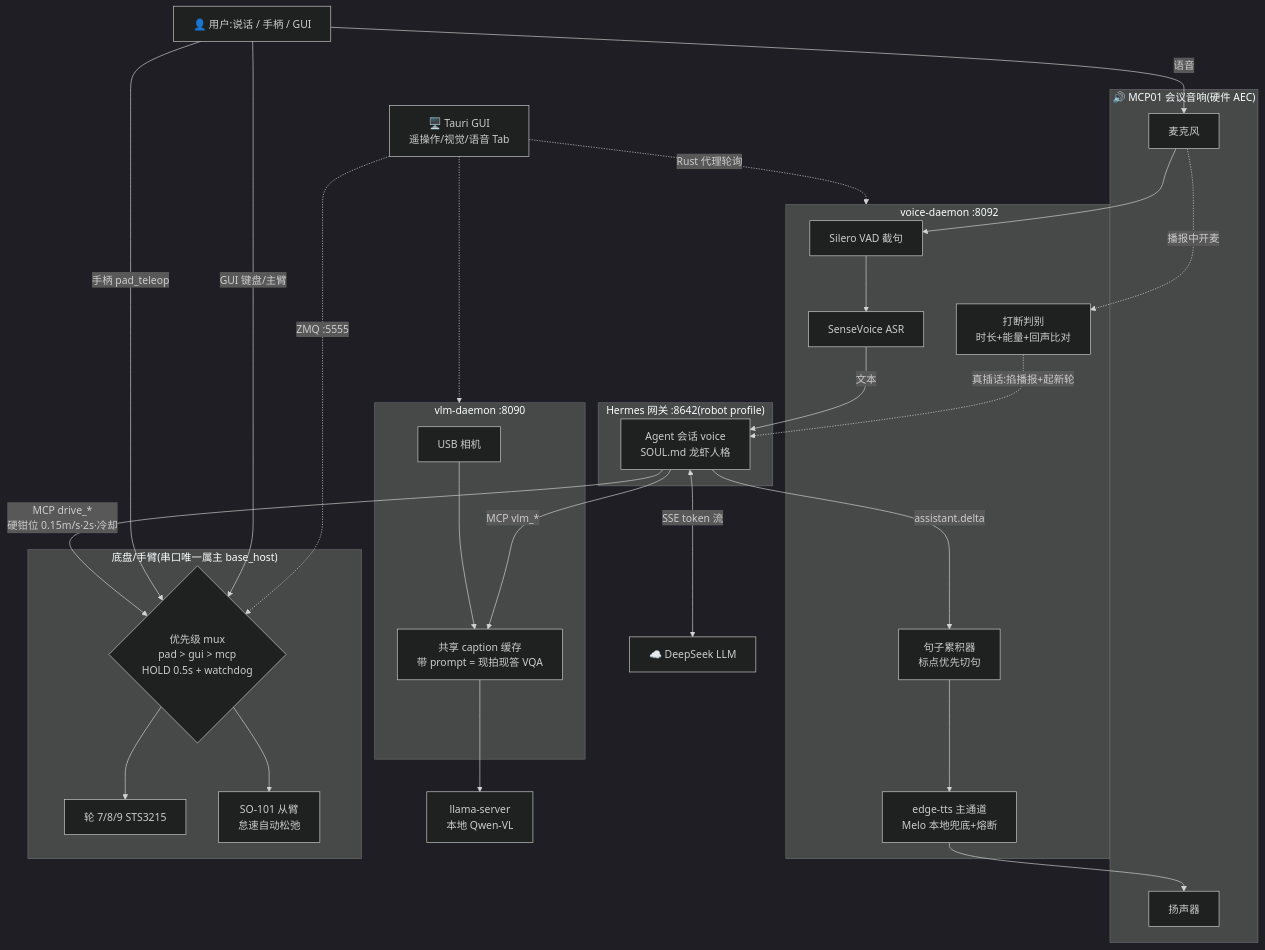
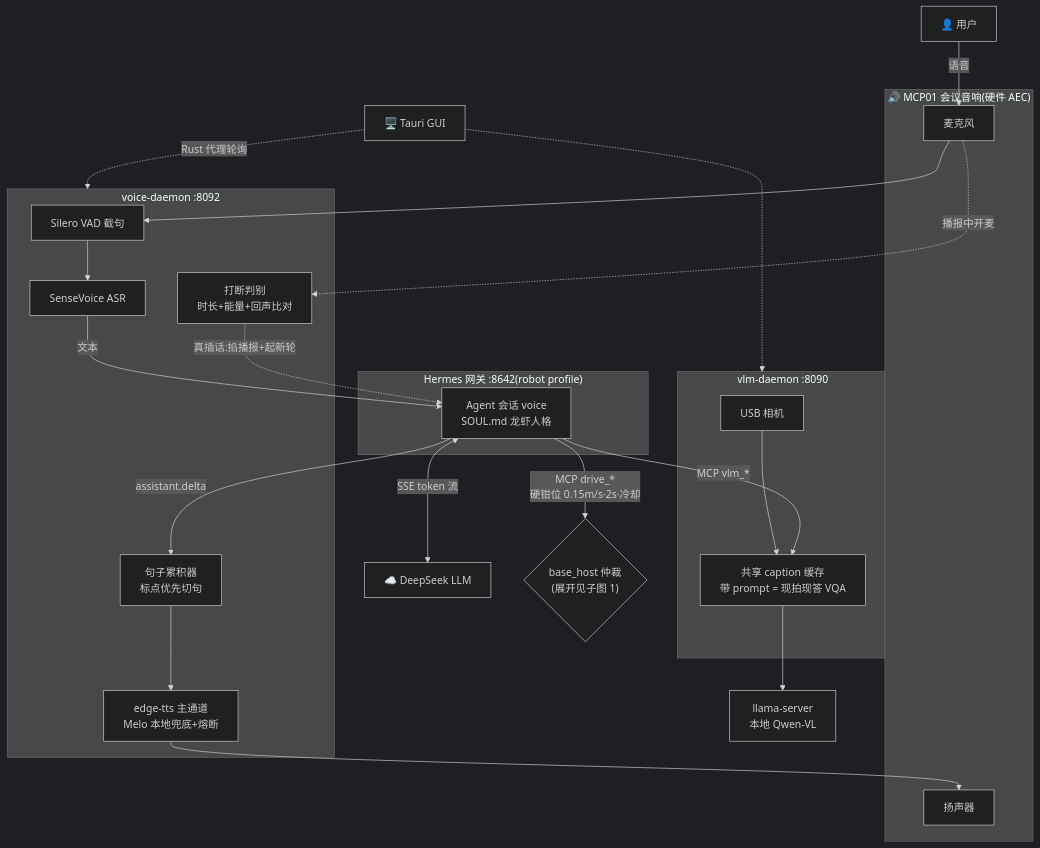
The fourth of 4 diagrams in README.md (vitorcen/lekiwi-jetson-orin), drawn with Mermaid (dark theme) before and after one commit. The commit also changed other lines of this file and 42 other files, not shown here.

Commit message:
feat(ros2): perception online — LD19 lidar /scan + depth/front/wrist camera topics, GUI ROS tab 4-panel live previews, demand-driven capture, board pure-logic unit tests (uv+pytest, real-packet golden), log strip ZMQ-tab-only, 1440x1080 window

````diff
--- a/README.md
+++ b/README.md
@@ -31,50 +143,40 @@
 ```mermaid
 flowchart TB
-    U["👤 用户:说话 / 手柄 / GUI"]
+    U["👤 用户"]
 
     subgraph mcp01["🔊 MCP01 会议音响(硬件 AEC)"]
         MIC[麦克风]
         SPK[扬声器]
     end
 
     subgraph voice["voice-daemon :8092"]
         VAD[Silero VAD 截句] --> ASR[SenseVoice ASR]
         ACC[句子累积器<br/>标点优先切句] --> TTS[edge-tts 主通道<br/>Melo 本地兜底+熔断]
         BARGE[打断判别<br/>时长+能量+回声比对]
     end
 
     subgraph hermes["Hermes 网关 :8642(robot profile)"]
         AGENT[Agent 会话 voice<br/>SOUL.md 龙虾人格]
     end
     LLM[☁️ DeepSeek LLM]
 
     subgraph vision["vlm-daemon :8090"]
         CAM[USB 相机] --> VQA[共享 caption 缓存<br/>带 prompt = 现拍现答 VQA]
     end
     LLAMA[llama-server<br/>本地 Qwen-VL]
 
-    subgraph motion["底盘/手臂(串口唯一属主 base_host)"]
-        MUX{"优先级 mux<br/>pad > gui > mcp<br/>HOLD 0.5s + watchdog"}
-        WHEELS[轮 7/8/9 STS3215]
-        ARM[SO-101 从臂<br/>怠速自动松弛]
-    end
+    BH{"base_host 仲裁<br/>(展开见子图 1)"}
 
     U -->|语音| MIC --> VAD
     ASR -->|文本| AGENT
     AGENT <-->|SSE token 流| LLM
     AGENT -->|MCP vlm_*| VQA
     VQA --> LLAMA
-    AGENT -->|MCP drive_*<br/>硬钳位 0.15m/s·2s·冷却| MUX
+    AGENT -->|MCP drive_*<br/>硬钳位 0.15m/s·2s·冷却| BH
     AGENT -->|assistant.delta| ACC
     TTS --> SPK
     MIC -.->|播报中开麦| BARGE -.->|真插话:掐播报+起新轮| AGENT
 
-    U -->|手柄 pad_teleop| MUX
-    U -->|GUI 键盘/主臂| MUX
-    MUX --> WHEELS
-    MUX --> ARM
-
-    GUI[🖥️ Tauri GUI<br/>遥操作/视觉/语音 Tab] -.->|Rust 代理轮询| voice
+    GUI[🖥️ Tauri GUI] -.->|Rust 代理轮询| voice
     GUI -.-> vision
-    GUI -.->|ZMQ :5555| MUX
 ```
````
